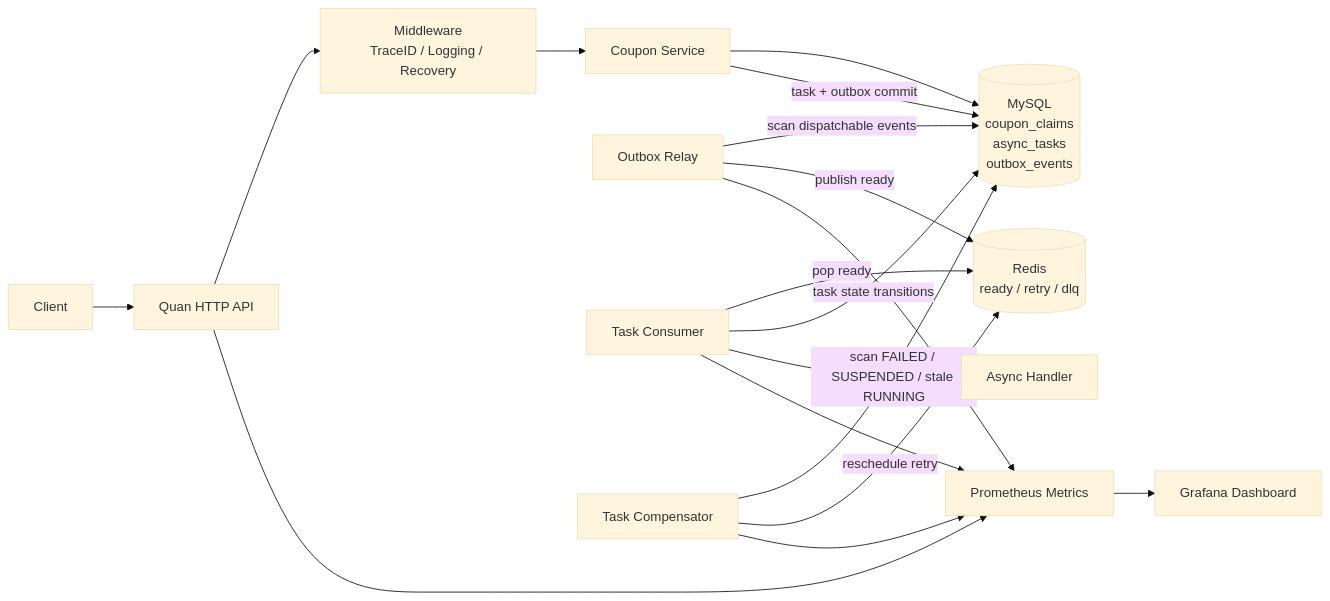
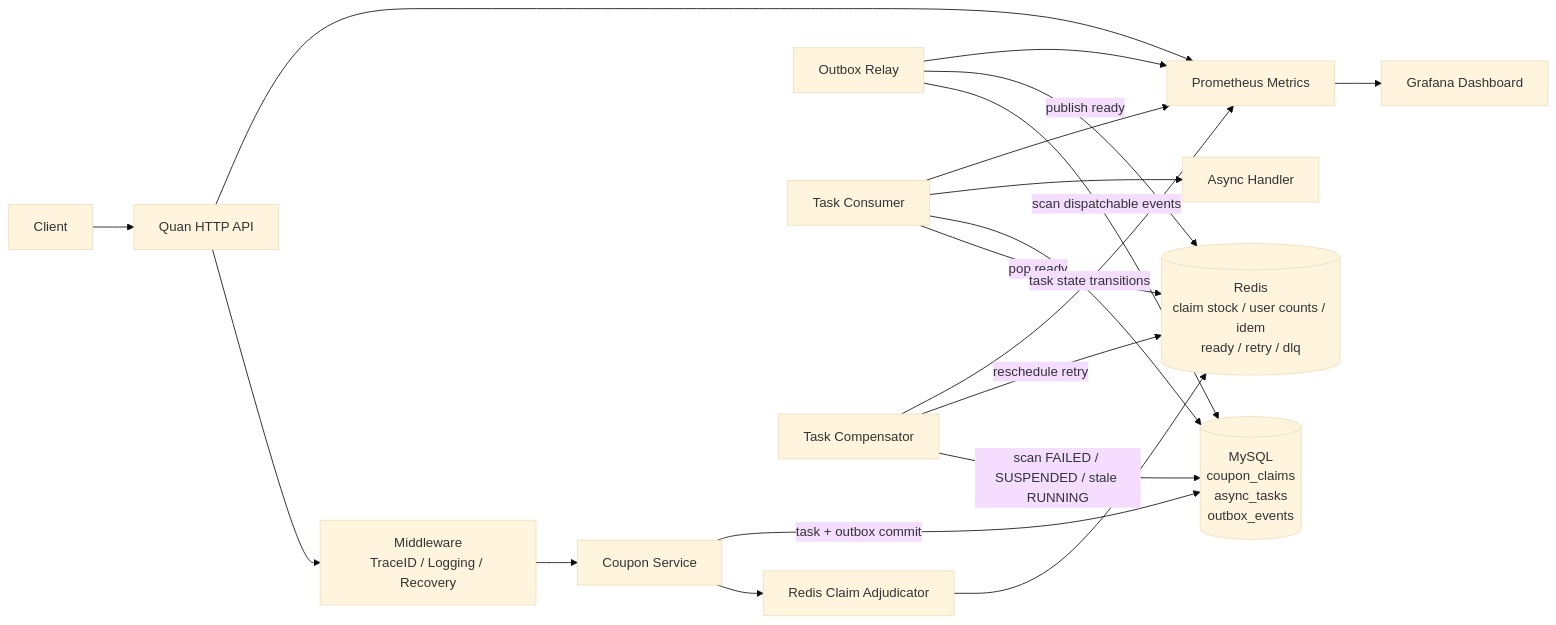
Before and after one commit to a6d9a6m/mini-jupiter: the diagram in docs/architecture-diagram.md, drawn with Mermaid (base theme). The commit also changed other lines of this file and 17 other files, not shown here.

````diff
--- a/docs/architecture-diagram.md
+++ b/docs/architecture-diagram.md
@@ -3,31 +3,33 @@
 ```mermaid
 flowchart LR
     Client[Client]
     HTTP[Quan HTTP API]
     MW[Middleware<br/>TraceID / Logging / Recovery]
     Coupon[Coupon Service]
+    Decision[Redis Claim Adjudicator]
     MySQL[(MySQL<br/>coupon_claims<br/>async_tasks<br/>outbox_events)]
-    Redis[(Redis<br/>ready / retry / dlq)]
+    Redis[(Redis<br/>claim stock / user counts / idem<br/>ready / retry / dlq)]
     Relay[Outbox Relay]
     Consumer[Task Consumer]
     Compensator[Task Compensator]
     Handler[Async Handler]
     Metrics[Prometheus Metrics]
     Grafana[Grafana Dashboard]
 
     Client --> HTTP --> MW --> Coupon
-    Coupon --> MySQL
+    Coupon --> Decision
+    Decision --> Redis
     Coupon -->|task + outbox commit| MySQL
     Relay -->|scan dispatchable events| MySQL
     Relay -->|publish ready| Redis
     Consumer -->|pop ready| Redis
     Consumer -->|task state transitions| MySQL
     Consumer --> Handler
     Compensator -->|scan FAILED / SUSPENDED / stale RUNNING| MySQL
     Compensator -->|reschedule retry| Redis
     HTTP --> Metrics
     Relay --> Metrics
     Consumer --> Metrics
     Compensator --> Metrics
     Metrics --> Grafana
 ```
````
